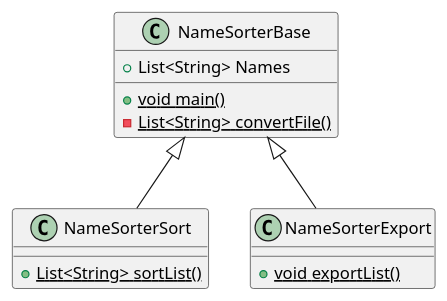
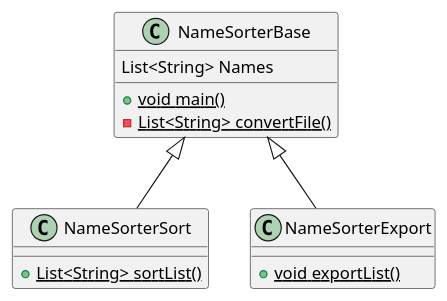
The diagram in docs/ex41.puml (SmokeIce593/parrish-cop3330-assignment3), drawn with PlantUML before and after one commit. The commit also changed 11 other files, not shown here.

```diff
--- a/docs/ex41.puml
+++ b/docs/ex41.puml
@@ -1,23 +1,23 @@
 @startuml
 'https://plantuml.com/class-diagram
 
 
 
 class NameSorterSort{
     + {static} List<String> sortList()
 }
 
 class NameSorterBase{
-    +List<String> Names
+     List<String> Names
    + {static} void main()
     - {static} List<String> convertFile()
 }
 
 class NameSorterExport{
     + {static} void exportList()
 }
 
 NameSorterBase <|-- NameSorterSort
 NameSorterBase <|-- NameSorterExport
 
 @enduml
```
